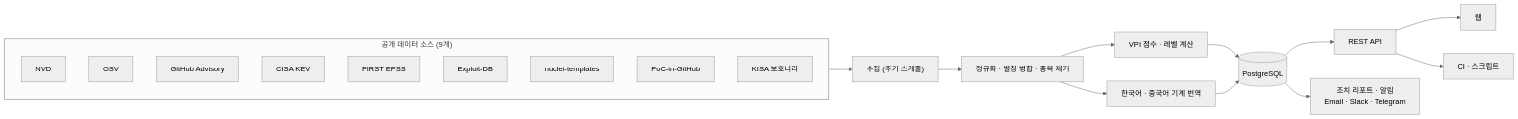
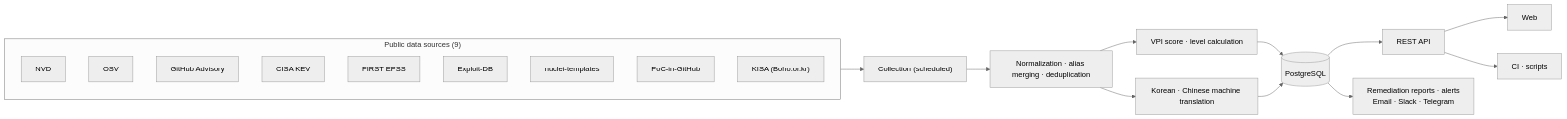
Before and after one commit to CHOJUNGHO96/VulnIntel-INTRO: the diagram in README.md, drawn with Mermaid (neutral theme). The commit also changed other lines of this file and 3 other files, not shown here.

````diff
--- a/README.md
+++ b/README.md
@@ -33,26 +33,26 @@
 ```mermaid
 flowchart LR
-    subgraph SRC["공개 데이터 소스 (9개)"]
+    subgraph SRC["Public data sources (9)"]
         direction TB
         NVD["NVD"]
         OSV["OSV"]
         GHSA["GitHub Advisory"]
         KEV["CISA KEV"]
         EPSS["FIRST EPSS"]
         EDB["Exploit-DB"]
         NUC["nuclei-templates"]
         PIG["PoC-in-GitHub"]
-        KISA["KISA 보호나라"]
+        KISA["KISA (Boho.or.kr)"]
     end
 
-    SRC --> COL["수집 (주기 스케줄)"]
-    COL --> NORM["정규화 · 별칭 병합 · 중복 제거"]
-    NORM --> VPI["VPI 점수 · 레벨 계산"]
-    NORM --> TR["한국어 · 중국어 기계 번역"]
+    SRC --> COL["Collection (scheduled)"]
+    COL --> NORM["Normalization · alias merging · deduplication"]
+    NORM --> VPI["VPI score · level calculation"]
+    NORM --> TR["Korean · Chinese machine translation"]
     VPI --> DB[("PostgreSQL")]
     TR --> DB
     DB --> API["REST API"]
-    API --> WEB["웹"]
-    API --> CI["CI · 스크립트"]
-    DB --> OUT["조치 리포트 · 알림<br/>Email · Slack · Telegram"]
+    API --> WEB["Web"]
+    API --> CI["CI · scripts"]
+    DB --> OUT["Remediation reports · alerts<br/>Email · Slack · Telegram"]
 ```
````
